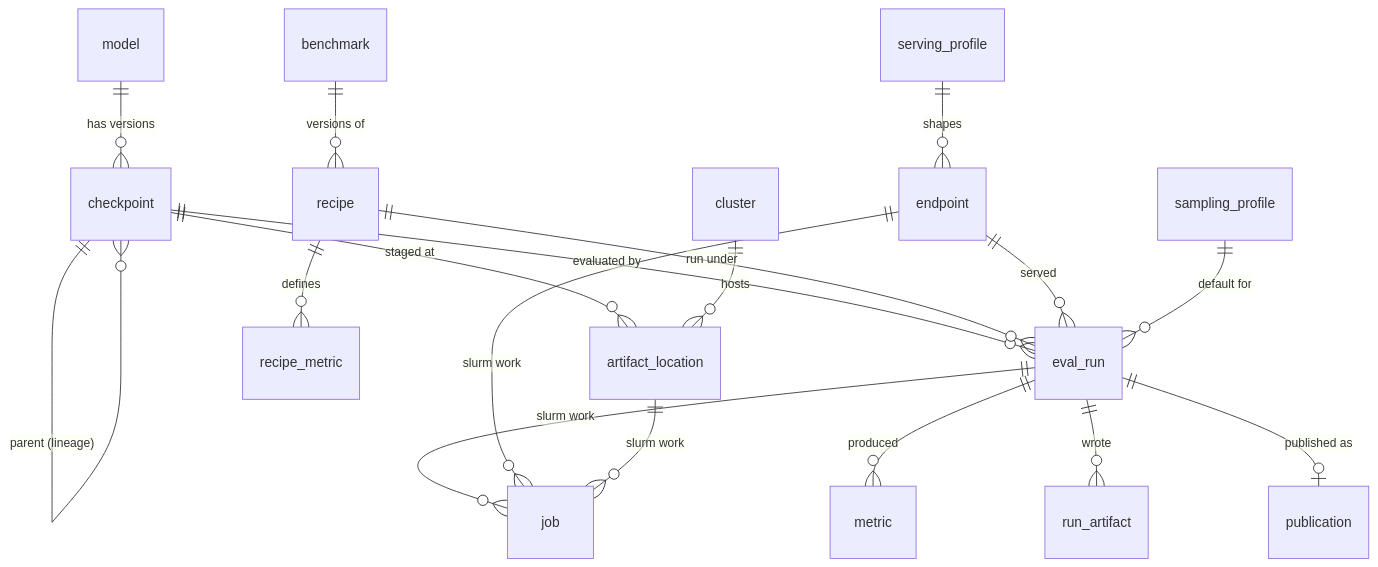
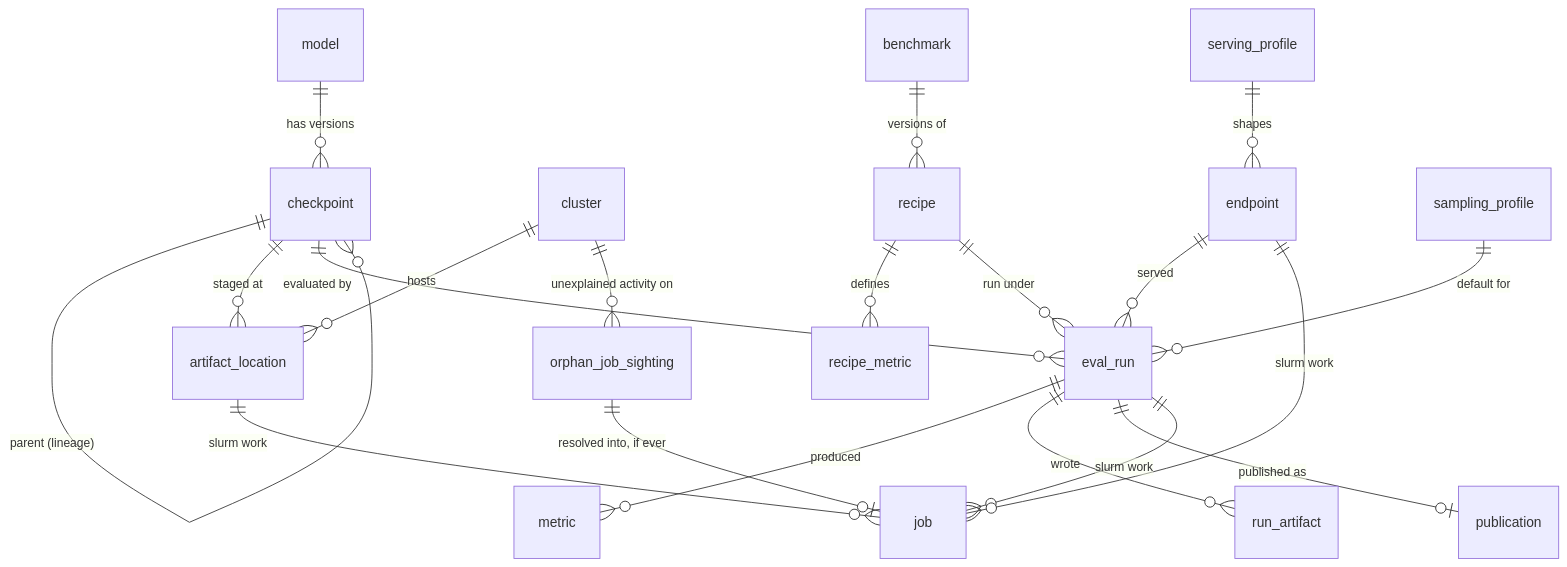
The first of 2 diagrams in docs/DATA_MODEL.md (Joshi004/evaluation-service), drawn with Mermaid before and after one commit. The commit also changed other lines of this file, not shown here.

Commit message:
Update DATA_MODEL.md to enhance the schema with new relationships for orphan job sightings and adjust cluster job limits, including renaming max_serve_jobs to max_concurrent_gpus for clarity.

````diff
--- a/docs/DATA_MODEL.md
+++ b/docs/DATA_MODEL.md
@@ -106,20 +106,22 @@
 ```mermaid
 erDiagram
     model      ||--o{ checkpoint : "has versions"
     checkpoint ||--o{ checkpoint : "parent (lineage)"
     checkpoint ||--o{ artifact_location : "staged at"
     checkpoint ||--o{ eval_run : "evaluated by"
     cluster    ||--o{ artifact_location : "hosts"
     benchmark  ||--o{ recipe : "versions of"
     recipe     ||--o{ recipe_metric : "defines"
     recipe     ||--o{ eval_run : "run under"
     eval_run   ||--o{ metric : "produced"
     eval_run   ||--o{ run_artifact : "wrote"
     eval_run   ||--o| publication : "published as"
     endpoint   ||--o{ eval_run : "served"
     eval_run   ||--o{ job : "slurm work"
     endpoint   ||--o{ job : "slurm work"
     artifact_location ||--o{ job : "slurm work"
     serving_profile  ||--o{ endpoint : "shapes"
     sampling_profile ||--o{ eval_run : "default for"
+    cluster    ||--o{ orphan_job_sighting : "unexplained activity on"
+    orphan_job_sighting ||--o| job : "resolved into, if ever"
 ```
````
